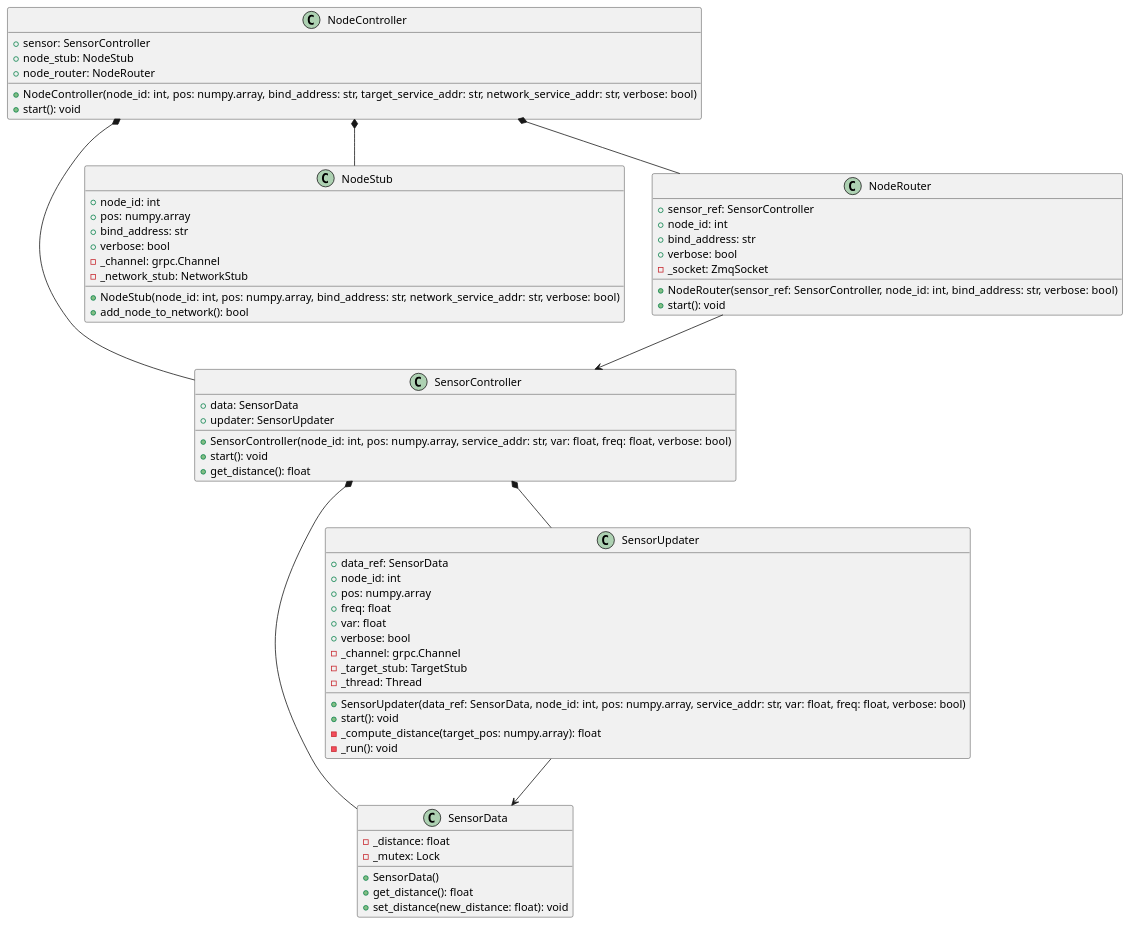
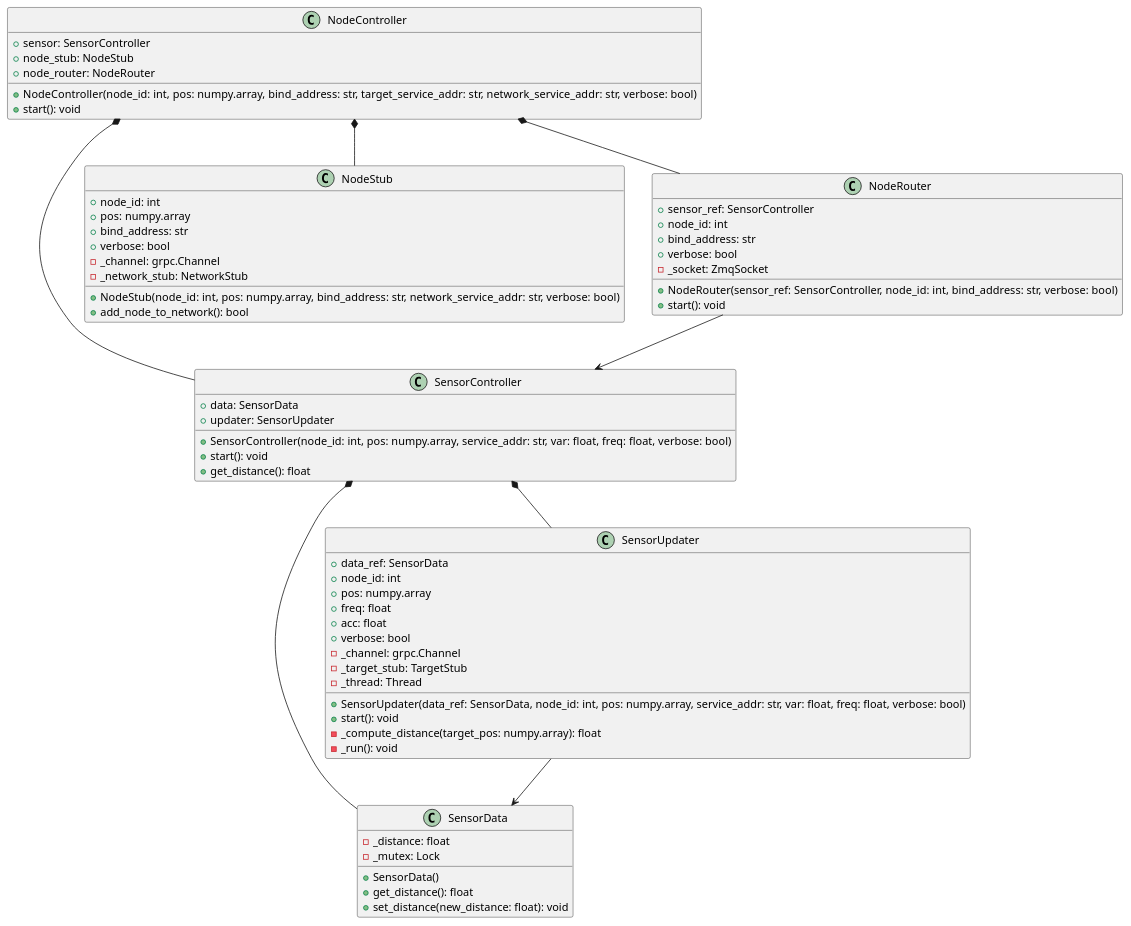
One commit to matteogianferrari/multilat_sensor_net changed the diagram in docs/diagrams/class/node_sensor.puml. Above: the diagram before and after it, drawn with PlantUML. The commit also changed 3 other files, not shown here.

Commit message:
Updated UML class diagrams.

```diff
--- a/docs/diagrams/class/node_sensor.puml
+++ b/docs/diagrams/class/node_sensor.puml
@@ -1,72 +1,72 @@
 @startuml
 
 class SensorController {
     + data: SensorData
     + updater: SensorUpdater
     + SensorController(node_id: int, pos: numpy.array, service_addr: str, var: float, freq: float, verbose: bool)
     + start(): void
     + get_distance(): float
 }
 
 class SensorData {
     - _distance: float
     - _mutex: Lock
     + SensorData()
     + get_distance(): float
     + set_distance(new_distance: float): void
 }
 
 class SensorUpdater {
     + data_ref: SensorData
     + node_id: int
     + pos: numpy.array
     + freq: float
-    + var: float
+    + acc: float
     + verbose: bool
     - _channel: grpc.Channel
     - _target_stub: TargetStub
     - _thread: Thread
     + SensorUpdater(data_ref: SensorData, node_id: int, pos: numpy.array, service_addr: str, var: float, freq: float, verbose: bool)
     + start(): void
     - _compute_distance(target_pos: numpy.array): float
     - _run(): void
 }
 
 class NodeController {
     + sensor: SensorController
     + node_stub: NodeStub
     + node_router: NodeRouter
     + NodeController(node_id: int, pos: numpy.array, bind_address: str, target_service_addr: str, network_service_addr: str, verbose: bool)
     + start(): void
 }
 
 class NodeStub {
     + node_id: int
     + pos: numpy.array
     + bind_address: str
     + verbose: bool
     - _channel: grpc.Channel
     - _network_stub: NetworkStub
     + NodeStub(node_id: int, pos: numpy.array, bind_address: str, network_service_addr: str, verbose: bool)
     + add_node_to_network(): bool
 }
 
 class NodeRouter {
     + sensor_ref: SensorController
     + node_id: int
     + bind_address: str
     + verbose: bool
     - _socket: ZmqSocket
     + NodeRouter(sensor_ref: SensorController, node_id: int, bind_address: str, verbose: bool)
     + start(): void
 }
 
 SensorController *-- SensorData
 SensorController *-- SensorUpdater
 NodeController *-- SensorController
 NodeController *-- NodeStub
 NodeController *-- NodeRouter
 SensorUpdater --> SensorData
 NodeRouter --> SensorController
 
 @enduml
```
